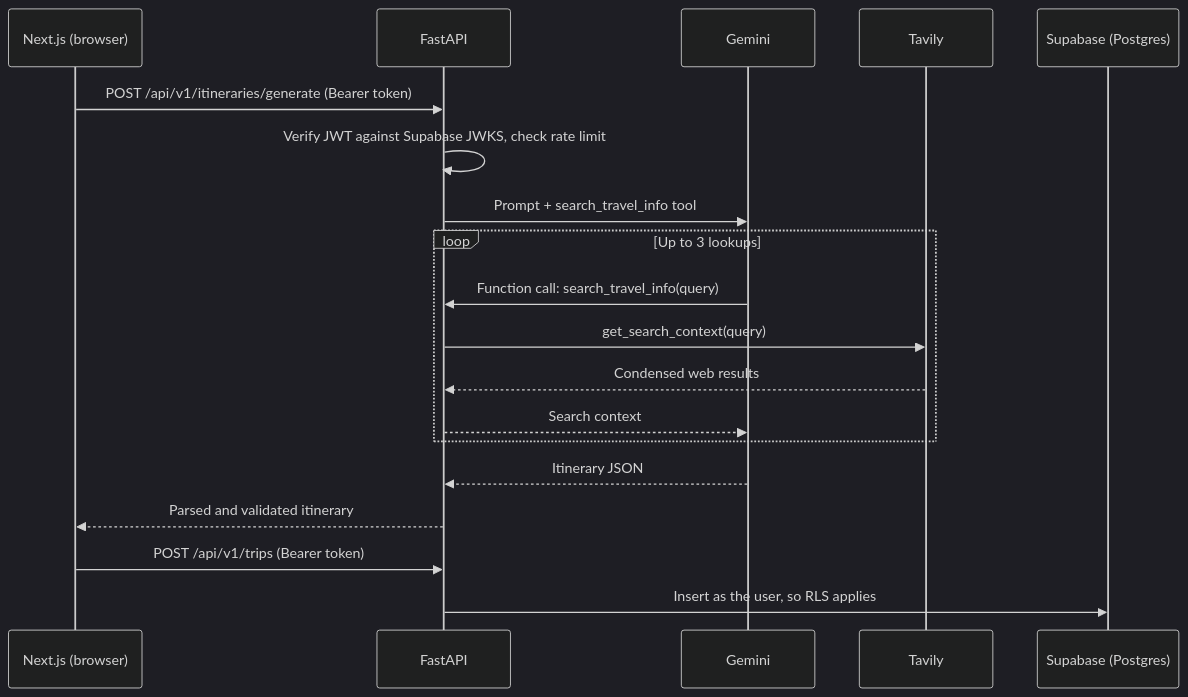
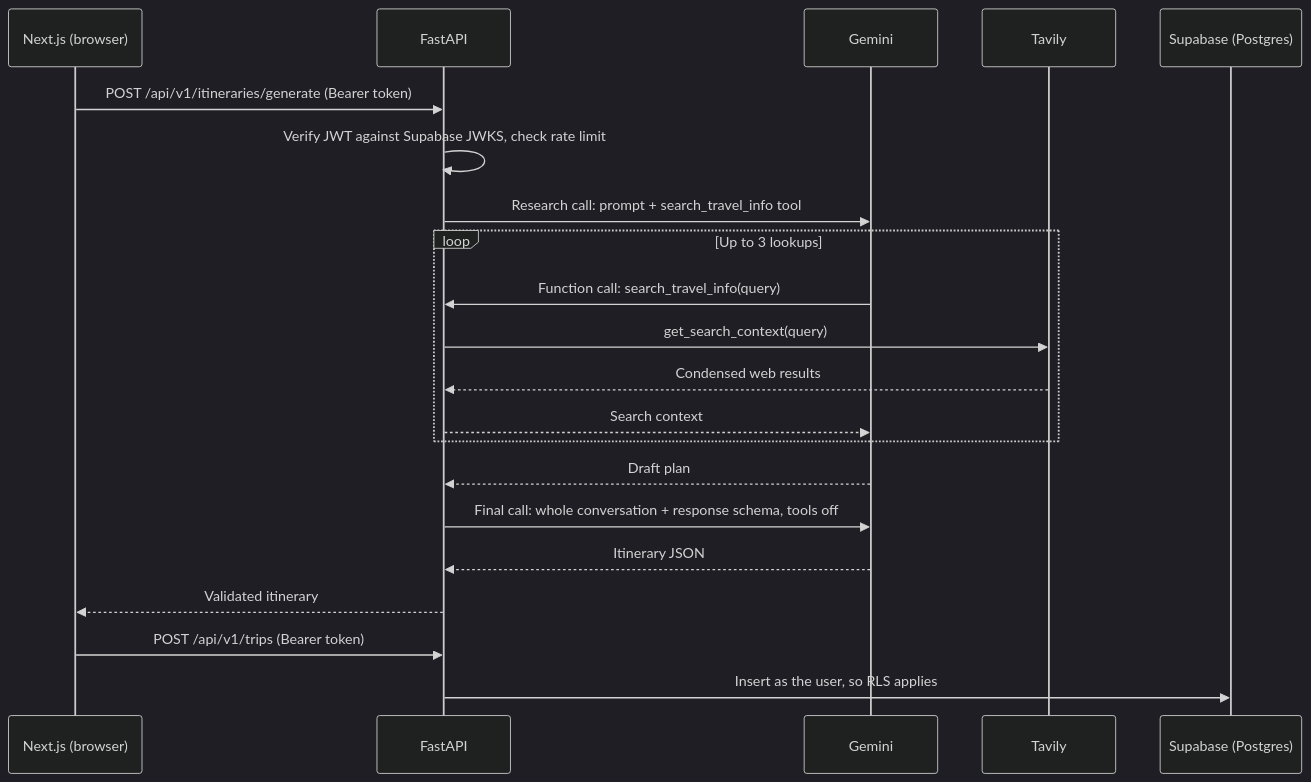
Before and after one commit to Anjitha-B/WanderMind: the diagram in README.md, drawn with Mermaid (dark theme). The commit also changed other lines of this file and 38 other files, not shown here.

````diff
--- a/README.md
+++ b/README.md
@@ -32,22 +32,24 @@
 ```mermaid
 sequenceDiagram
     participant U as Next.js (browser)
     participant API as FastAPI
     participant G as Gemini
     participant T as Tavily
     participant DB as Supabase (Postgres)
 
     U->>API: POST /api/v1/itineraries/generate (Bearer token)
     API->>API: Verify JWT against Supabase JWKS, check rate limit
-    API->>G: Prompt + search_travel_info tool
+    API->>G: Research call: prompt + search_travel_info tool
     loop Up to 3 lookups
         G->>API: Function call: search_travel_info(query)
         API->>T: get_search_context(query)
         T-->>API: Condensed web results
         API-->>G: Search context
     end
+    G-->>API: Draft plan
+    API->>G: Final call: whole conversation + response schema, tools off
     G-->>API: Itinerary JSON
-    API-->>U: Parsed and validated itinerary
+    API-->>U: Validated itinerary
     U->>API: POST /api/v1/trips (Bearer token)
     API->>DB: Insert as the user, so RLS applies
 ```
````
